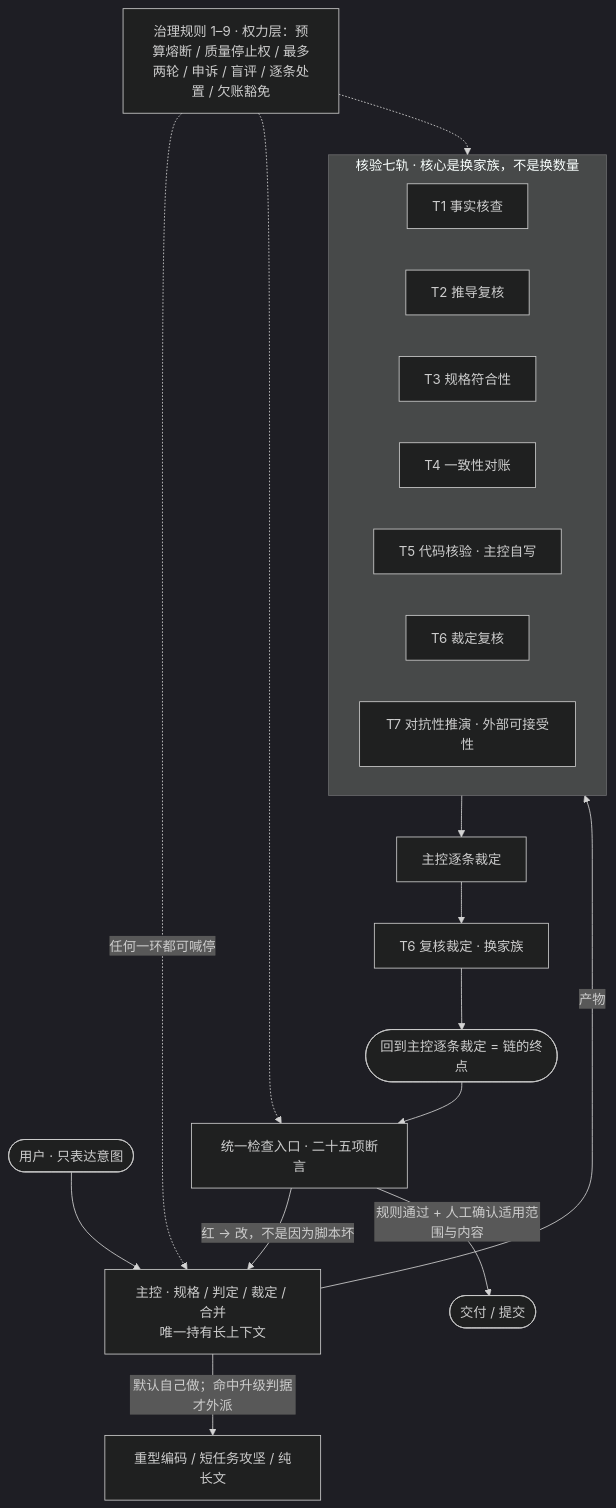
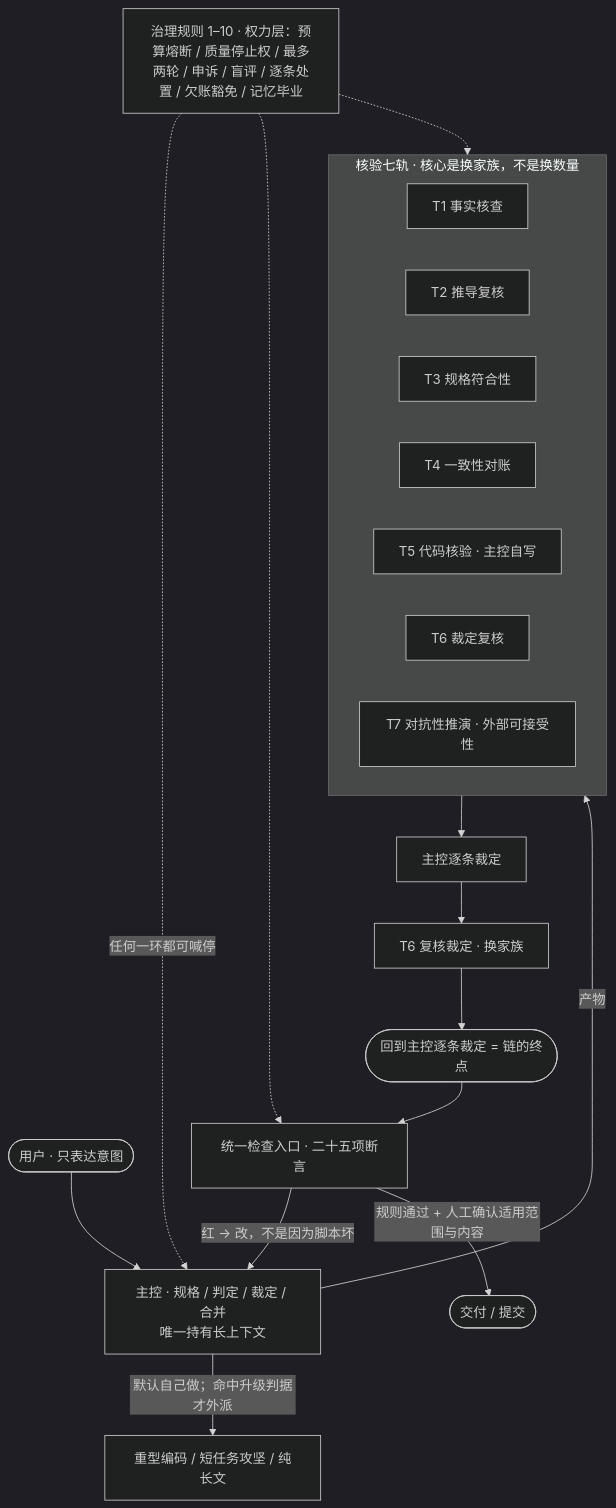
One commit to cty66699/dsh-ai-system changed the diagram in README.md. Above: the diagram before and after it, drawn with Mermaid (dark theme). The commit also changed other lines of this file and 29 other files, not shown here.

````diff
--- a/README.md
+++ b/README.md
@@ -411,29 +342,29 @@
 ```mermaid
 flowchart TB
   U(["用户 · 只表达意图"]) --> M["主控 · 规格 / 判定 / 裁定 / 合并<br/>唯一持有长上下文"]
   M -->|"默认自己做；命中升级判据才外派"| ESC["重型编码 / 短任务攻坚 / 纯长文"]
 
   subgraph V["核验七轨 · 核心是换家族，不是换数量"]
     direction LR
     T1["T1 事实核查"]
     T2["T2 推导复核"]
     T3["T3 规格符合性"]
     T4["T4 一致性对账"]
     T5["T5 代码核验 · 主控自写"]
     T6["T6 裁定复核"]
     T7["T7 对抗性推演 · 外部可接受性"]
   end
 
   M -->|"产物"| V
   V --> DISP["主控逐条裁定"]
   DISP --> T6R["T6 复核裁定 · 换家族"]
   T6R --> END(["回到主控逐条裁定 = 链的终点"])
   END --> GATE["统一检查入口 · 二十五项断言"]
   GATE -->|"红 → 改，不是因为脚本坏"| M
   GATE -->|"规则通过 + 人工确认适用范围与内容"| OUT(["交付 / 提交"])
 
-  POWER["治理规则 1–9 · 权力层：预算熔断 / 质量停止权 / 最多两轮 / 申诉 / 盲评 / 逐条处置 / 欠账豁免"]
+  POWER["治理规则 1–10 · 权力层：预算熔断 / 质量停止权 / 最多两轮 / 申诉 / 盲评 / 逐条处置 / 欠账豁免 / 记忆毕业"]
   POWER -.->|"任何一环都可喊停"| M
   POWER -.-> V
   POWER -.-> GATE
 ```
````
